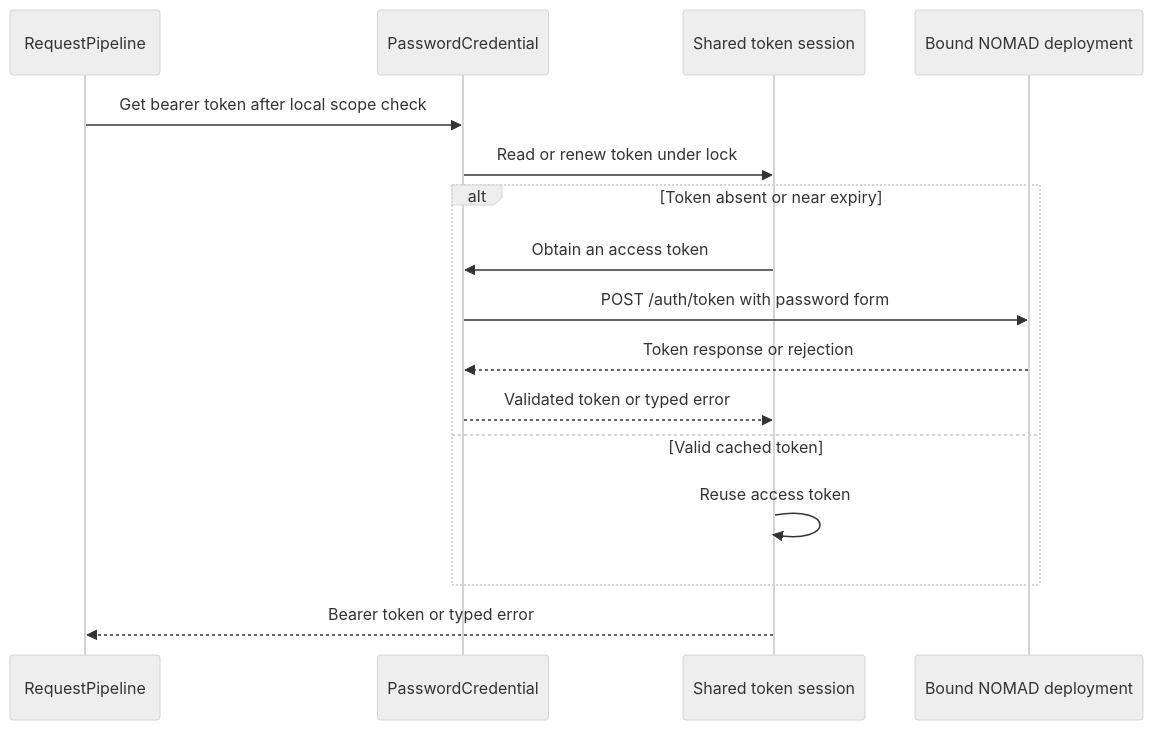
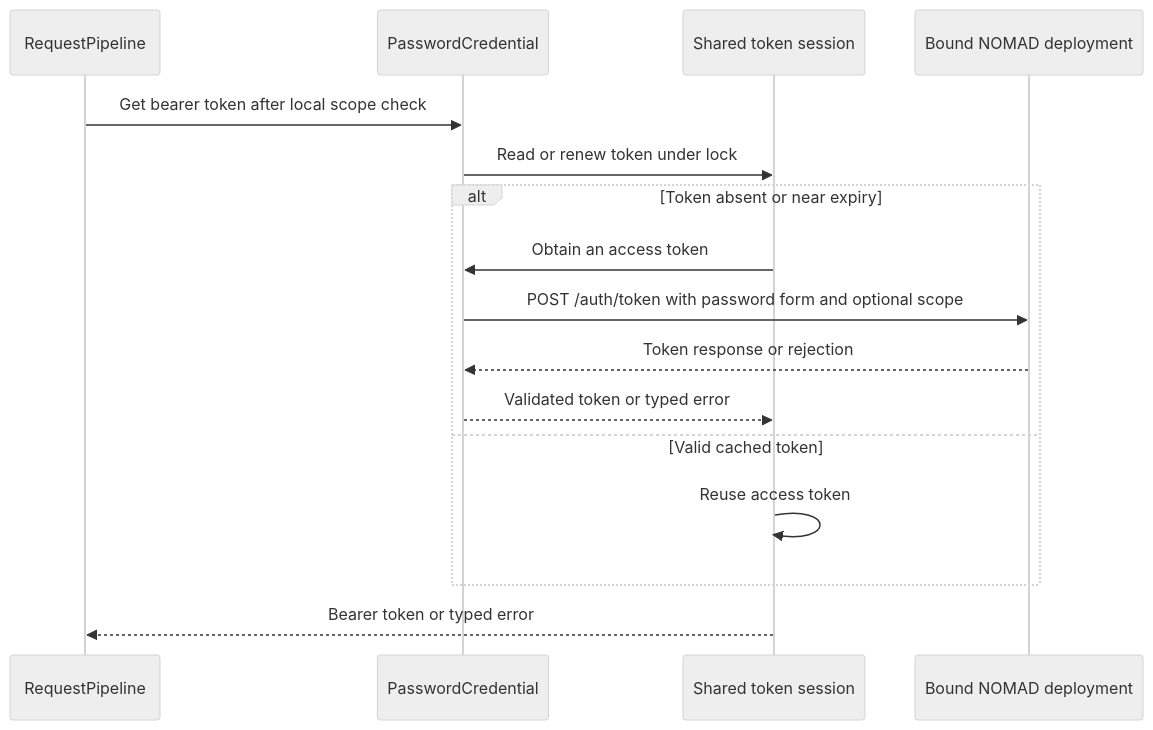
Before and after one commit to FAIRmat-NFDI/nomad-python-api: the seventh of 11 diagrams in docs/dev/identity/index.md, drawn with Mermaid (neutral theme). The commit also changed other lines of this file and 30 other files, not shown here.

````diff
--- a/docs/dev/identity/index.md
+++ b/docs/dev/identity/index.md
@@ -288,19 +306,19 @@
 ```mermaid
 sequenceDiagram
     participant Pipeline as RequestPipeline
     participant Credential as PasswordCredential
     participant Session as Shared token session
     participant NOMAD as Bound NOMAD deployment
 
     Pipeline->>Credential: Get bearer token after local scope check
     Credential->>Session: Read or renew token under lock
     alt Token absent or near expiry
         Session->>Credential: Obtain an access token
-        Credential->>NOMAD: POST /auth/token with password form
+        Credential->>NOMAD: POST /auth/token with password form and optional scope
         NOMAD-->>Credential: Token response or rejection
         Credential-->>Session: Validated token or typed error
     else Valid cached token
         Session->>Session: Reuse access token
     end
     Session-->>Pipeline: Bearer token or typed error
 ```
````
